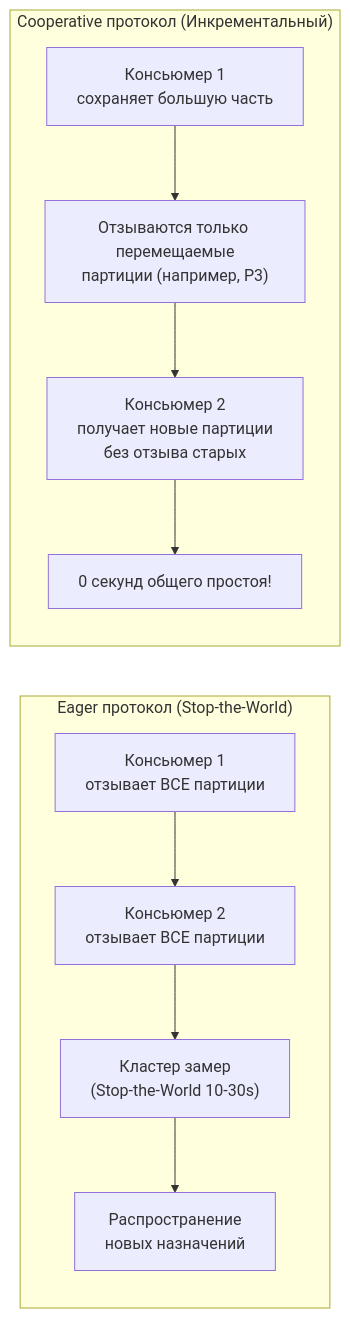
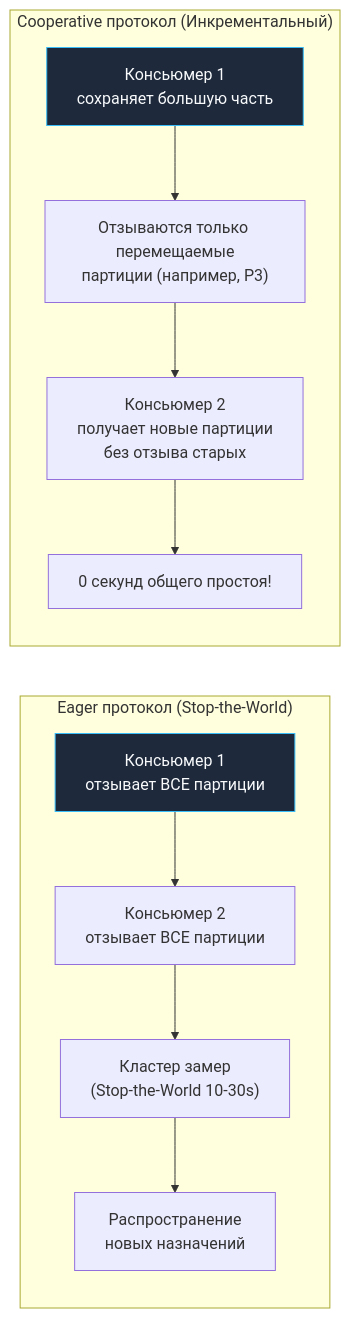
The fourth of 5 diagrams in sources/13. Очереди, брокеры сообщений и оркестраторы/03. Kafka/4. Consumer groups.md (UnrealTemplier/go-textbook), drawn with Mermaid before and after one commit. The commit also changed other lines of this file and 1666 other files, not shown here.

First line of the commit message:
feat(mermaid): add semantic color classDef to 1369 colorless flowchart/graph diagrams

````diff
--- a/sources/13. Очереди, брокеры сообщений и оркестраторы/03. Kafka/4. Consumer groups.md
+++ b/sources/13. Очереди, брокеры сообщений и оркестраторы/03. Kafka/4. Consumer groups.md
@@ -179,16 +199,26 @@
 ```mermaid
 flowchart LR
+    classDef process  fill:#1e293b,stroke:#38bdf8,stroke-width:1px,color:#f8fafc
+    classDef success  fill:#064e3b,stroke:#34d399,stroke-width:1px,color:#f8fafc
+    classDef error    fill:#7f1d1d,stroke:#f87171,stroke-width:1px,color:#f8fafc
+    classDef warning  fill:#78350f,stroke:#fbbf24,stroke-width:1px,color:#f8fafc
+    classDef entry    fill:#1e3a5f,stroke:#38bdf8,stroke-width:2px,color:#f8fafc
+    classDef aux      fill:#334155,stroke:#64748b,stroke-width:1px,color:#f8fafc
+    classDef system   fill:#312e81,stroke:#a78bfa,stroke-width:1px,color:#f8fafc
+    classDef data     fill:#132d29,stroke:#2dd4bf,stroke-width:1px,color:#f8fafc
+    classDef network  fill:#881337,stroke:#fb7185,stroke-width:1px,color:#f8fafc
+    classDef accent   fill:#1e1b4b,stroke:#818cf8,stroke-width:1px,color:#f8fafc
     subgraph "Eager протокол (Stop-the-World)"
         direction TB
-        E1["Консьюмер 1<br>отзывает ВСЕ партиции"] --> E2["Консьюмер 2<br>отзывает ВСЕ партиции"]
+        E1["Консьюмер 1<br>отзывает ВСЕ партиции"]:::process --> E2["Консьюмер 2<br>отзывает ВСЕ партиции"]
         E2 --> E3["Кластер замер<br>(Stop-the-World 10-30s)"]
         E3 --> E4["Распространение<br>новых назначений"]
     end
 
     subgraph "Cooperative протокол (Инкрементальный)"
         direction TB
-        C1["Консьюмер 1<br>сохраняет большую часть"] --> C2["Отзываются только перемещаемые<br>партиции (например, P3)"]
+        C1["Консьюмер 1<br>сохраняет большую часть"]:::process --> C2["Отзываются только перемещаемые<br>партиции (например, P3)"]
         C2 --> C3["Консьюмер 2<br>получает новые партиции<br>без отзыва старых"]
         C3 --> C4["0 секунд общего простоя!"]
     end
 ```
````
